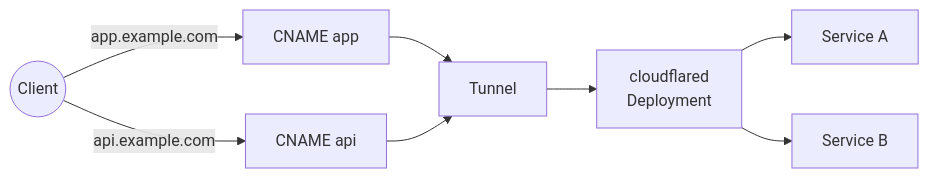
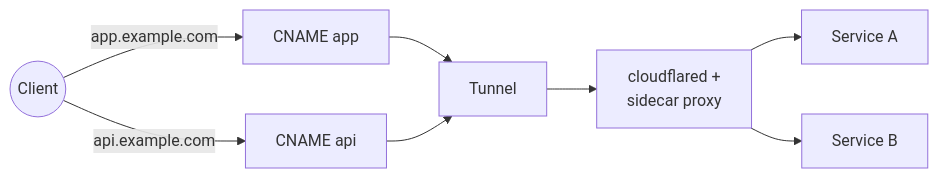
One commit to matheuscscp/cloudflare-gateway-controller changed the diagram in README.md. Above: the diagram before and after it, drawn with Mermaid. The commit also changed other lines of this file and 33 other files, not shown here.

````diff
--- a/README.md
+++ b/README.md
@@ -23,11 +24,11 @@
 ```mermaid
 flowchart LR
     C((Client))
     C -->|app.example.com| CNA[CNAME app]
     C -->|api.example.com| CNB[CNAME api]
     CNA --> T[Tunnel]
     CNB --> T
-    T --> CD[cloudflared<br/>Deployment]
+    T --> CD[cloudflared +<br/>sidecar proxy]
     CD --> SA[Service A]
     CD --> SB[Service B]
 ```
````
